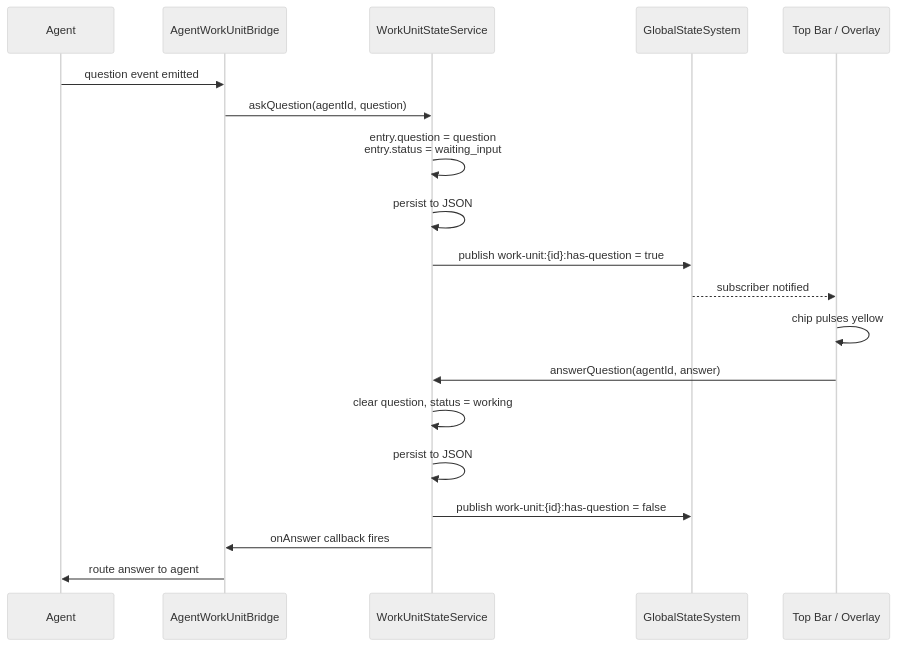
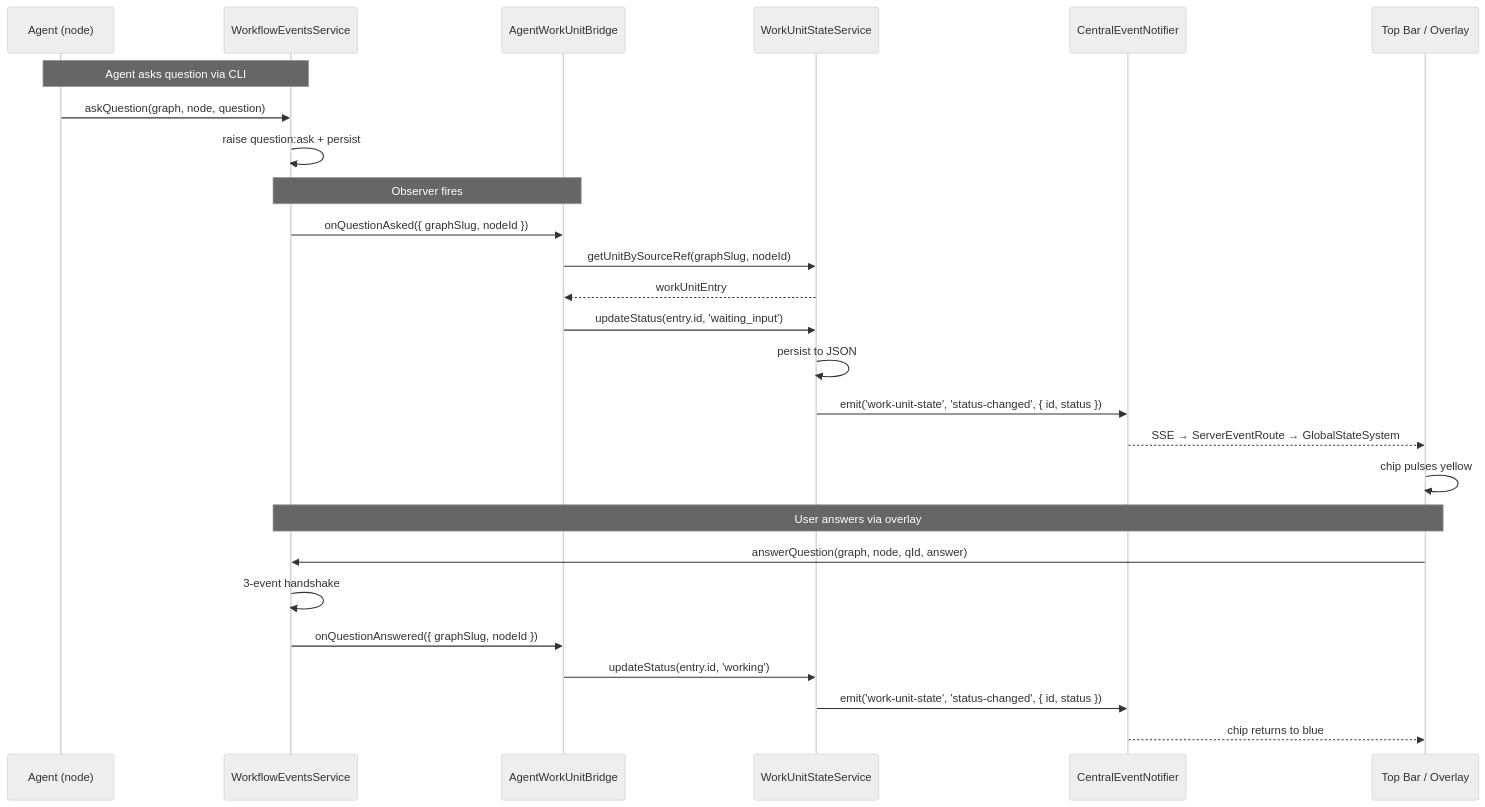
Before and after one commit to AI-Substrate/chainglass: the third of 3 diagrams in docs/plans/059-fix-agents/tasks/phase-2-workunit-state-system/tasks.md, drawn with Mermaid (neutral theme). The commit also changed other lines of this file and 2 other files, not shown here.

````diff
--- a/docs/plans/059-fix-agents/tasks/phase-2-workunit-state-system/tasks.md
+++ b/docs/plans/059-fix-agents/tasks/phase-2-workunit-state-system/tasks.md
@@ -218,23 +219,31 @@
 ```mermaid
 sequenceDiagram
-    participant A as Agent
+    participant A as Agent (node)
+    participant WFE as WorkflowEventsService
     participant B as AgentWorkUnitBridge
     participant W as WorkUnitStateService
-    participant G as GlobalStateSystem
+    participant CEN as CentralEventNotifier
     participant UI as Top Bar / Overlay
 
-    A->>B: question event emitted
-    B->>W: askQuestion(agentId, question)
-    W->>W: entry.question = question<br/>entry.status = waiting_input
+    Note over A,WFE: Agent asks question via CLI
+    A->>WFE: askQuestion(graph, node, question)
+    WFE->>WFE: raise question:ask + persist
+
+    Note over WFE,B: Observer fires
+    WFE->>B: onQuestionAsked({ graphSlug, nodeId })
+    B->>W: getUnitBySourceRef(graphSlug, nodeId)
+    W-->>B: workUnitEntry
+    B->>W: updateStatus(entry.id, 'waiting_input')
     W->>W: persist to JSON
-    W->>G: publish work-unit:{id}:has-question = true
-    G-->>UI: subscriber notified
+    W->>CEN: emit('work-unit-state', 'status-changed', { id, status })
+    CEN-->>UI: SSE → ServerEventRoute → GlobalStateSystem
     UI->>UI: chip pulses yellow
 
-    UI->>W: answerQuestion(agentId, answer)
-    W->>W: clear question, status = working
-    W->>W: persist to JSON
-    W->>G: publish work-unit:{id}:has-question = false
-    W->>B: onAnswer callback fires
-    B->>A: route answer to agent
+    Note over UI,WFE: User answers via overlay
+    UI->>WFE: answerQuestion(graph, node, qId, answer)
+    WFE->>WFE: 3-event handshake
+    WFE->>B: onQuestionAnswered({ graphSlug, nodeId })
+    B->>W: updateStatus(entry.id, 'working')
+    W->>CEN: emit('work-unit-state', 'status-changed', { id, status })
+    CEN-->>UI: chip returns to blue
 ```
````
